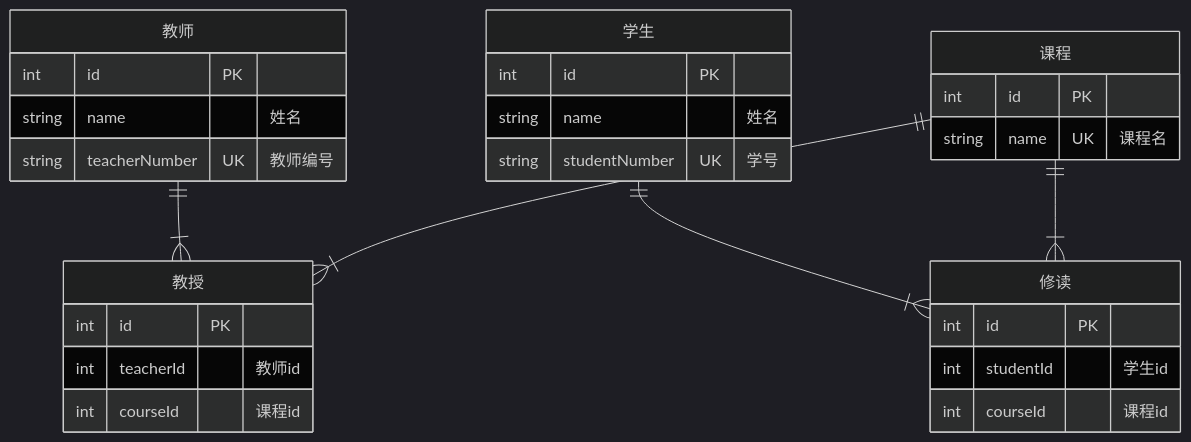
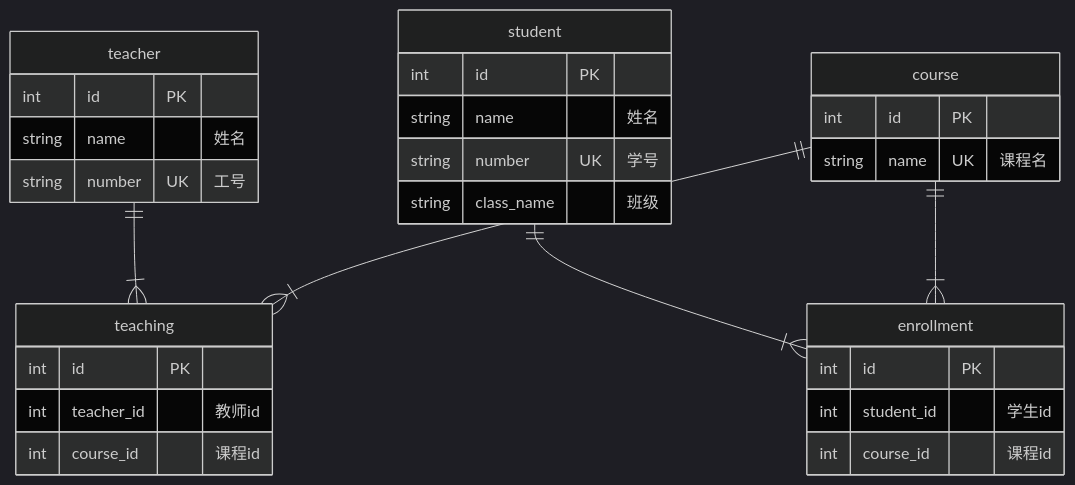
The diagram in springboot-project/README.md (AkagiYui/NCWUJava), drawn with Mermaid (dark theme) before and after one commit. The commit also changed 21 other files, not shown here.

````diff
--- a/springboot-project/README.md
+++ b/springboot-project/README.md
@@ -5,33 +5,34 @@
 ```mermaid
 erDiagram
-    "教师" {
+    teacher {
         int id PK
         string name "姓名"
-        string teacherNumber UK "教师编号"
+        string number UK "工号"
     }
-    "学生" {
+    student {
         int id PK
         string name "姓名"
-        string studentNumber UK "学号"
+        string number UK "学号"
+        string class_name "班级"
     }
-    "课程" {
+    course {
         int id PK
         string name UK "课程名"
     }
 
-    "教授" {
+    teaching {
         int id PK
-        int teacherId "教师id"
-        int courseId "课程id"
+        int teacher_id "教师id"
+        int course_id "课程id"
     }
-    "修读" {
+    enrollment {
         int id PK
-        int studentId "学生id"
-        int courseId "课程id"
+        int student_id "学生id"
+        int course_id "课程id"
     }
 
-    "学生" ||--|{ "修读" : ""
-    "教师" ||--|{ "教授" : ""
-    "课程" ||--|{ "教授" : ""
-    "课程" ||--|{ "修读" : ""
+    student ||--|{ enrollment : ""
+    teacher ||--|{ teaching : ""
+    course ||--|{ teaching : ""
+    course ||--|{ enrollment : ""
 ```
````
